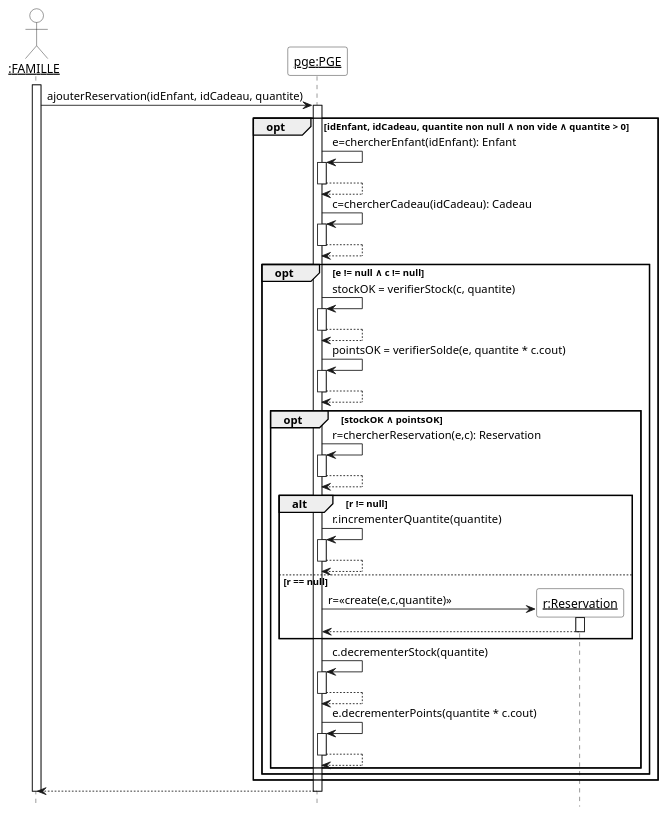
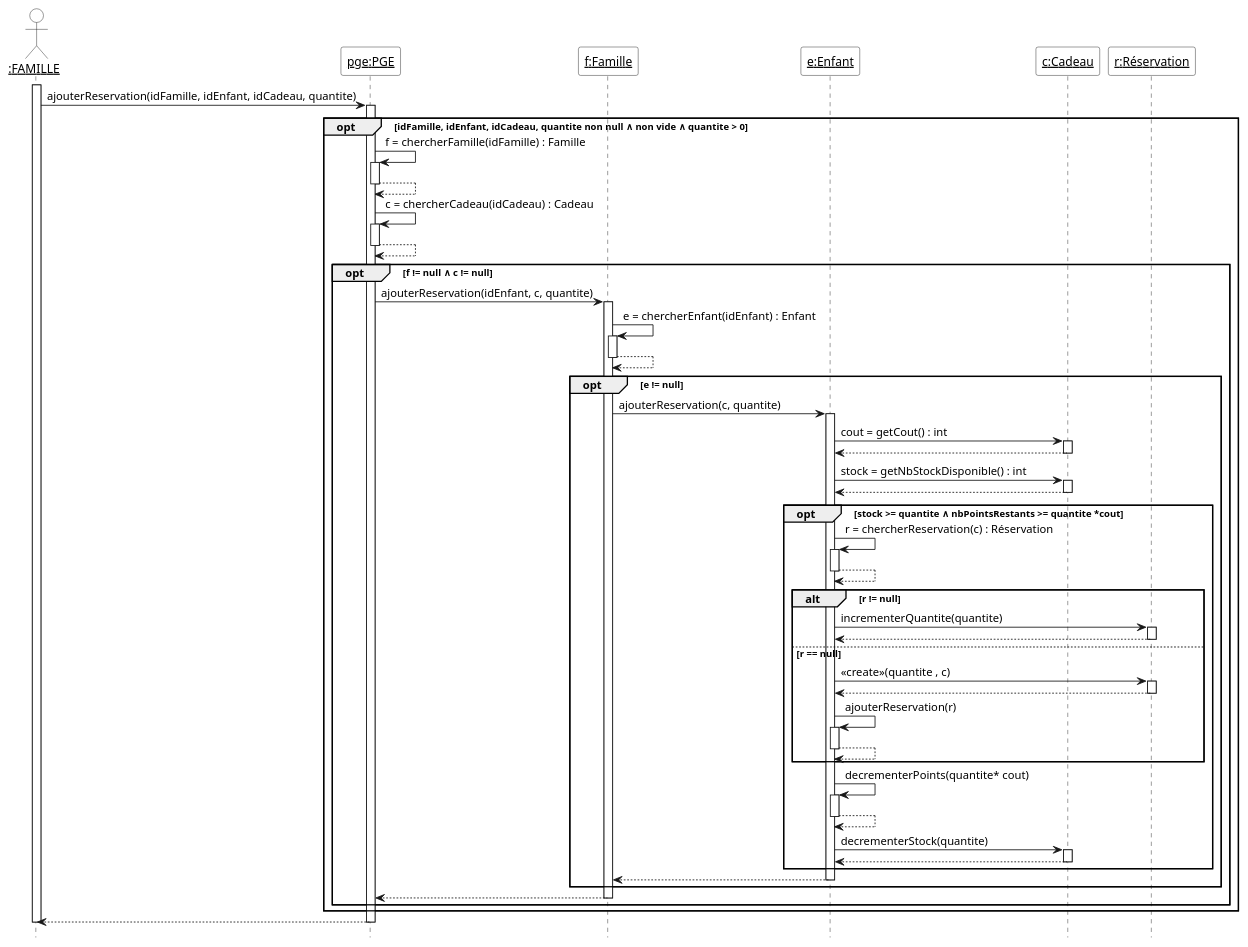
The diagram in Diagrammes/pge_uml_diag_seq_ajouter_reservation.pu (yasminebelmaaziz/dev_logiciel), drawn with PlantUML before and after one commit. The commit also changed 3 other files, not shown here.

```diff
--- a/Diagrammes/pge_uml_diag_seq_ajouter_reservation.pu
+++ b/Diagrammes/pge_uml_diag_seq_ajouter_reservation.pu
@@ -1,58 +1,76 @@
 @startuml
 hide footbox
 skinparam sequenceParticipantBackgroundColor White
 skinparam sequenceActorBackgroundColor White
 
 actor "__:FAMILLE__" as famille
 participant "__pge:PGE__" as pge
+participant "__f:Famille__" as f
+participant "__e:Enfant__" as e
+participant "__c:Cadeau__" as c
+participant "__r:Réservation__" as r
 
 activate famille
-famille -> pge ++ : ajouterReservation(idEnfant, idCadeau, quantite)
+famille -> pge ++ : ajouterReservation(idFamille, idEnfant, idCadeau, quantite)
 
-opt idEnfant, idCadeau, quantite non null ∧ non vide ∧ quantite > 0
+opt idFamille, idEnfant, idCadeau, quantite non null ∧ non vide ∧ quantite > 0
 
-  pge -> pge ++ : e=chercherEnfant(idEnfant): Enfant
+  pge -> pge ++ : f = chercherFamille(idFamille) : Famille
   return
 
-  pge -> pge ++ : c=chercherCadeau(idCadeau): Cadeau
+  pge -> pge ++ : c = chercherCadeau(idCadeau) : Cadeau
   return
 
-  opt e != null ∧ c != null
+  opt f != null ∧ c != null
 
-    pge -> pge ++ : stockOK = verifierStock(c, quantite)
+    pge -> f ++ : ajouterReservation(idEnfant, c, quantite)
+    
+    f -> f ++ : e = chercherEnfant(idEnfant) : Enfant
     return
+    
+    opt e != null
 
-    pge -> pge ++ : pointsOK = verifierSolde(e, quantite * c.cout)
-    return
+      f -> e ++ : ajouterReservation(c, quantite)
 
-    opt stockOK ∧ pointsOK
-
-      pge -> pge ++ : r=chercherReservation(e,c): Reservation
+      e -> c ++ : cout = getCout() : int
+      return
+      
+      e -> c ++ : stock = getNbStockDisponible() : int
       return
 
-      alt r != null
-
-        pge -> pge ++ : r.incrementerQuantite(quantite)
+      opt stock >= quantite ∧ nbPointsRestants >= quantite *cout
+        
+        e -> e ++ : r = chercherReservation(c) : Réservation
         return
-
-      else r == null
-
-        create "__r:Reservation__" as r
-        pge -> r ++ : r=<<create(e,c,quantite)>>
+        
+        alt r != null
+          
+          e -> r ++ : incrementerQuantite(quantite)
+          return
+        else r == null
+          
+          create "__r:Réservation__" as r
+          e -> r ++ : <<create>>(quantite , c)
+          return
+          
+          e -> e ++ : ajouterReservation(r)
+          return
+        end
+        
+        
+        e -> e ++ : decrementerPoints(quantite* cout)
         return
-
+        
+        e -> c ++ : decrementerStock(quantite)
+        return
+        
       end
-
-      pge -> pge ++ : c.decrementerStock(quantite)
       return
-
-      pge -> pge ++ : e.decrementerPoints(quantite * c.cout)
-      return
-
     end
+    return
   end
 end
 
 return
 deactivate famille
 @enduml
```
